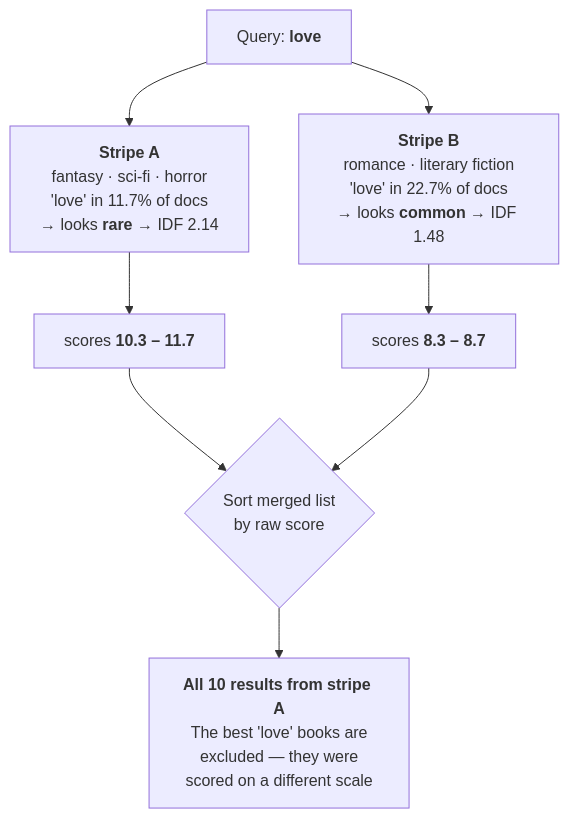
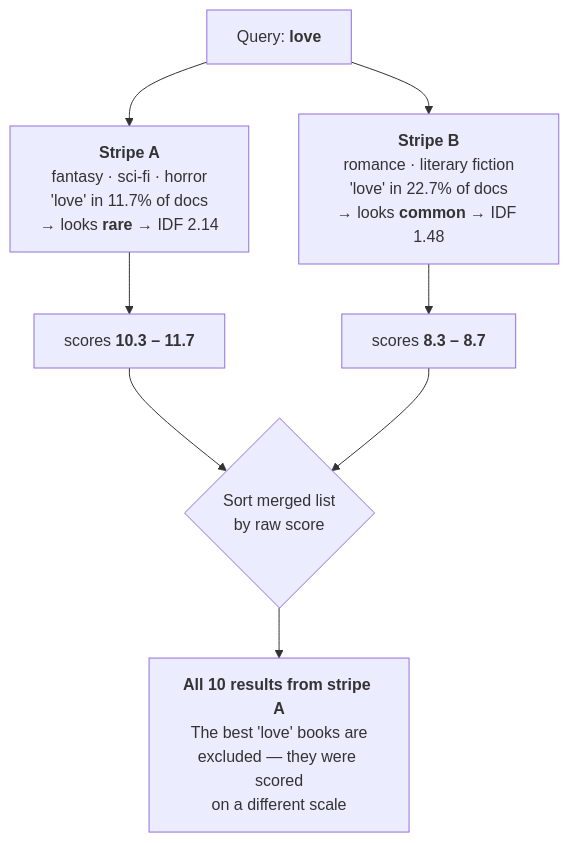
Before and after one commit to mrcarter8/cross-index-query: the second of 2 diagrams in README.md, drawn with Mermaid. The commit also changed other lines of this file, not shown here.

````diff
--- a/README.md
+++ b/README.md
@@ -216,10 +243,10 @@
 ```mermaid
 flowchart TB
     Q["Query: <b>love</b>"] --> A["<b>Stripe A</b><br/>fantasy · sci-fi · horror<br/>'love' in 11.7% of docs<br/>→ looks <b>rare</b> → IDF 2.14"]
     Q --> B["<b>Stripe B</b><br/>romance · literary fiction<br/>'love' in 22.7% of docs<br/>→ looks <b>common</b> → IDF 1.48"]
     A --> AS["scores <b>10.3 – 11.7</b>"]
     B --> BS["scores <b>8.3 – 8.7</b>"]
     AS --> M{"Sort merged list<br/>by raw score"}
     BS --> M
-    M --> R["<b>All 10 results from stripe A</b><br/>The best 'love' books are<br/>excluded — they were<br/>scored on a different scale"]
+    M --> R["<b>All 10 results from stripe A</b><br/>The best 'love' books are<br/>excluded — they were scored<br/>on a different scale"]
 ```
````
